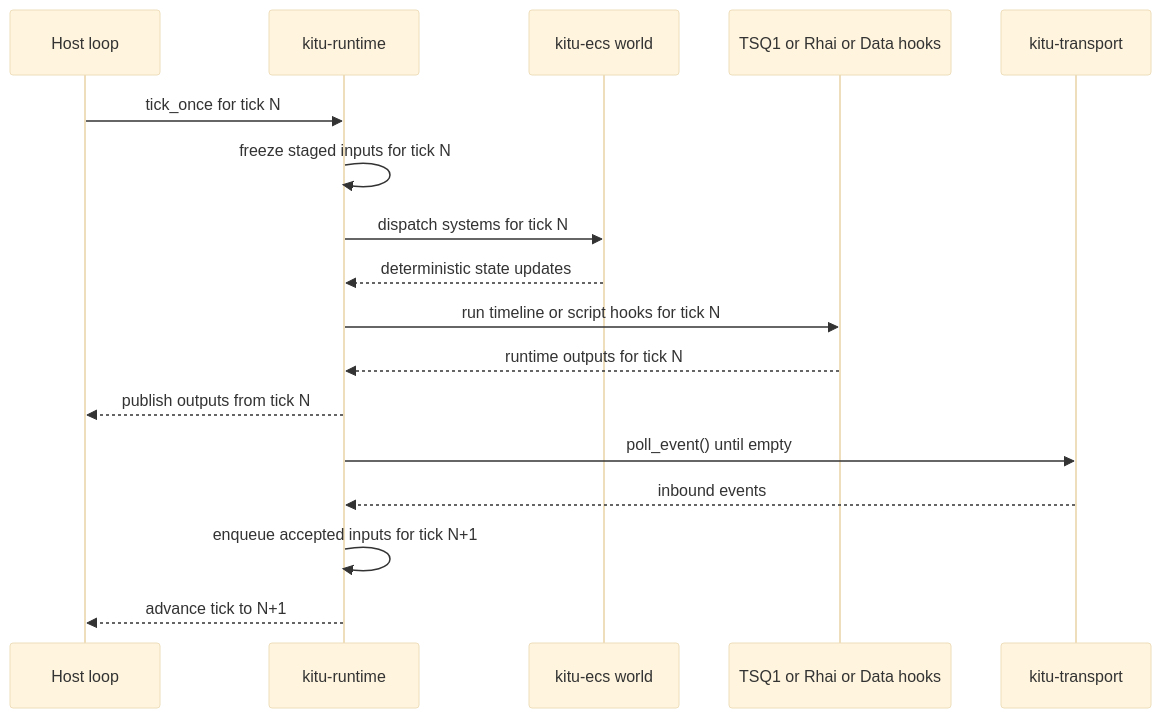
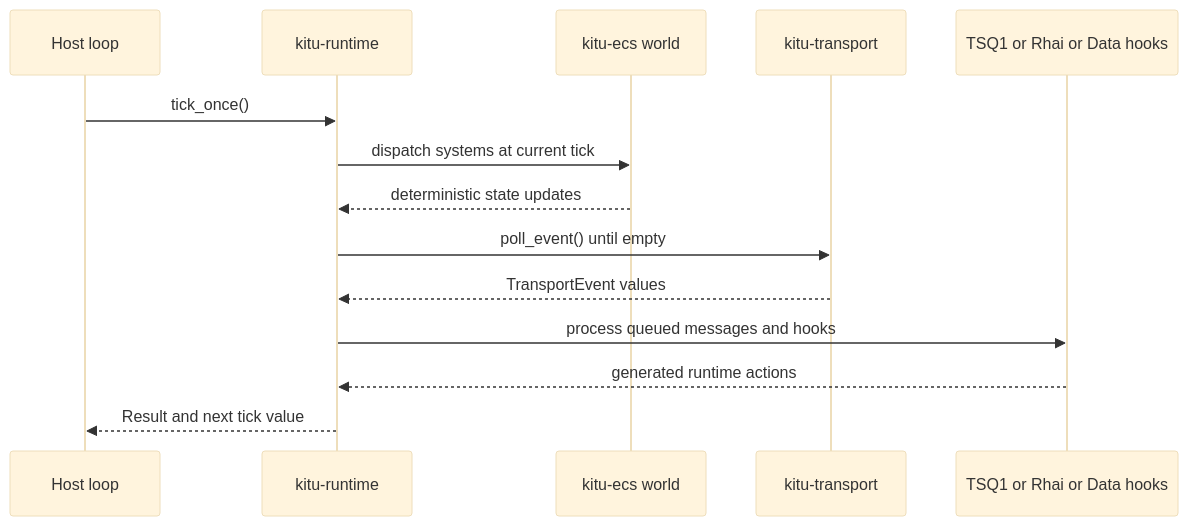
One commit to Nagitch/kitu-logic-processor changed the second of 5 diagrams in doc/architecture.md. Above: the diagram before and after it, drawn with Mermaid (base theme). The commit also changed other lines of this file and 1 other file, not shown here.

Commit message:
docs: sync architecture docs with latest main to clear conflicts

````diff
--- a/doc/architecture.md
+++ b/doc/architecture.md
@@ -144,20 +142,17 @@
 ```mermaid
 sequenceDiagram
     participant Host as Host loop
     participant Runtime as kitu-runtime
     participant ECS as kitu-ecs world
+    participant Transport as kitu-transport
     participant Modules as TSQ1 or Rhai or Data hooks
-    participant Transport as kitu-transport
 
-    Host->>Runtime: tick_once for tick N
-    Runtime->>Runtime: freeze staged inputs for tick N
-    Runtime->>ECS: dispatch systems for tick N
+    Host->>Runtime: tick_once()
+    Runtime->>ECS: dispatch systems at current tick
     ECS-->>Runtime: deterministic state updates
-    Runtime->>Modules: run timeline or script hooks for tick N
-    Modules-->>Runtime: runtime outputs for tick N
-    Runtime-->>Host: publish outputs from tick N
     Runtime->>Transport: poll_event() until empty
-    Transport-->>Runtime: inbound events
-    Runtime->>Runtime: enqueue accepted inputs for tick N+1
-    Runtime-->>Host: advance tick to N+1
+    Transport-->>Runtime: TransportEvent values
+    Runtime->>Modules: process queued messages and hooks
+    Modules-->>Runtime: generated runtime actions
+    Runtime-->>Host: Result and next tick value
 ```
````
